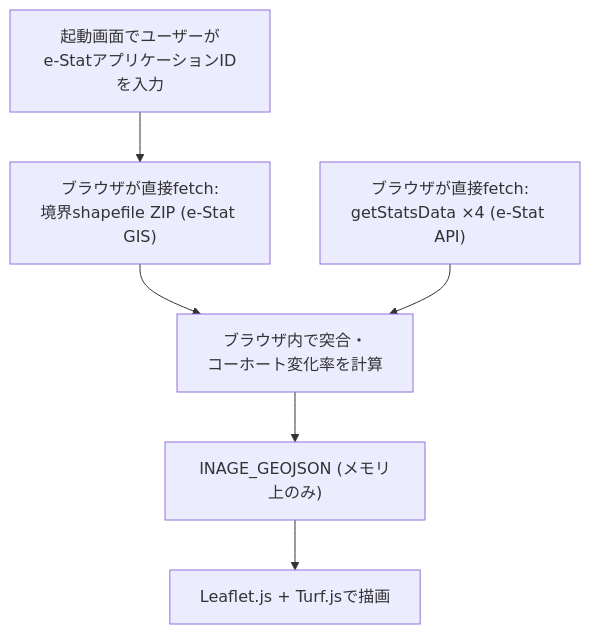
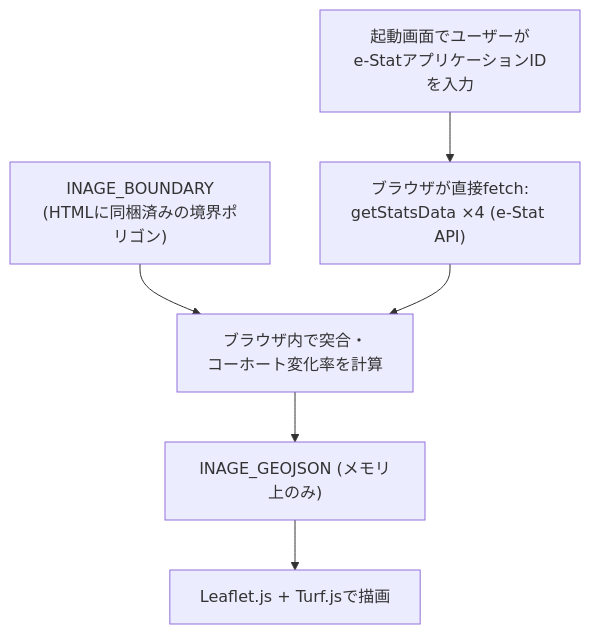
The diagram in store-survival-simulator-design-doc.md (cloud42-labo/experimental), drawn with Mermaid before and after one commit. The commit also changed other lines of this file and 2 other files, not shown here.

First line of the commit message:
Bundle town boundary data statically; keep only census stats live

````diff
--- a/store-survival-simulator-design-doc.md
+++ b/store-survival-simulator-design-doc.md
@@ -18,8 +19,8 @@
 ```mermaid
 flowchart TD
-    A["起動画面でユーザーが\ne-StatアプリケーションIDを入力"] --> B
-    B["ブラウザが直接fetch:\n境界shapefile ZIP (e-Stat GIS)"] --> D
+    A["起動画面でユーザーが\ne-StatアプリケーションIDを入力"] --> C
+    B["INAGE_BOUNDARY\n(HTMLに同梱済みの境界ポリゴン)"] --> D
     C["ブラウザが直接fetch:\ngetStatsData ×4 (e-Stat API)"] --> D["ブラウザ内で突合・\nコーホート変化率を計算"]
     D --> E["INAGE_GEOJSON (メモリ上のみ)"]
     E --> F["Leaflet.js + Turf.jsで描画"]
 ```
````
